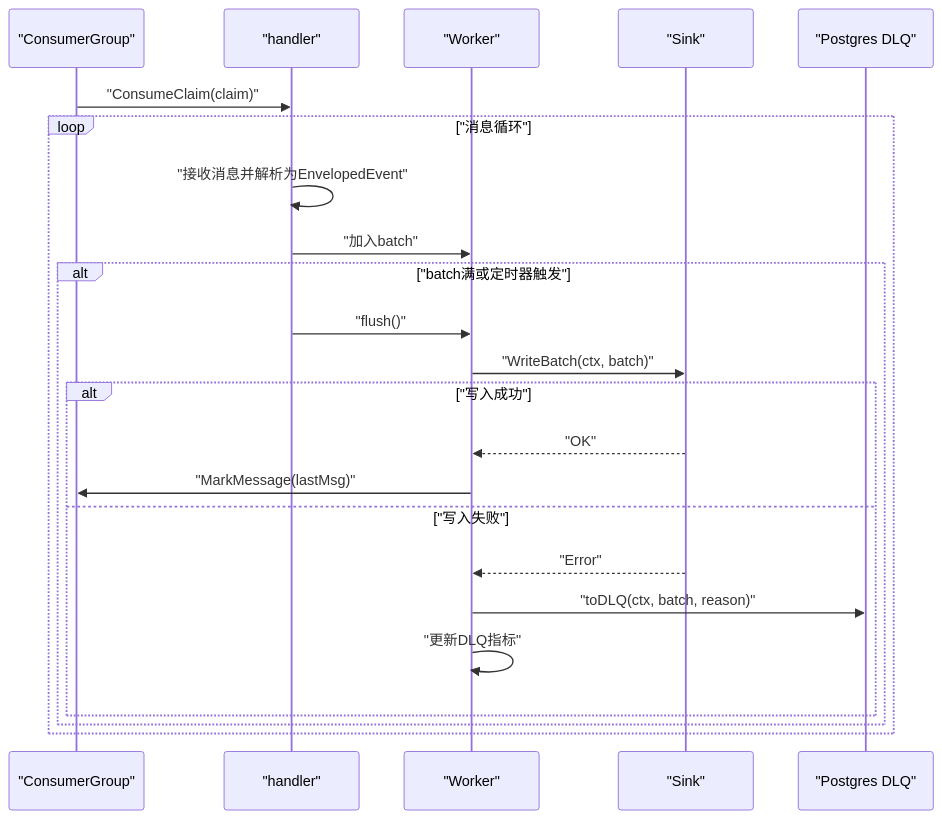
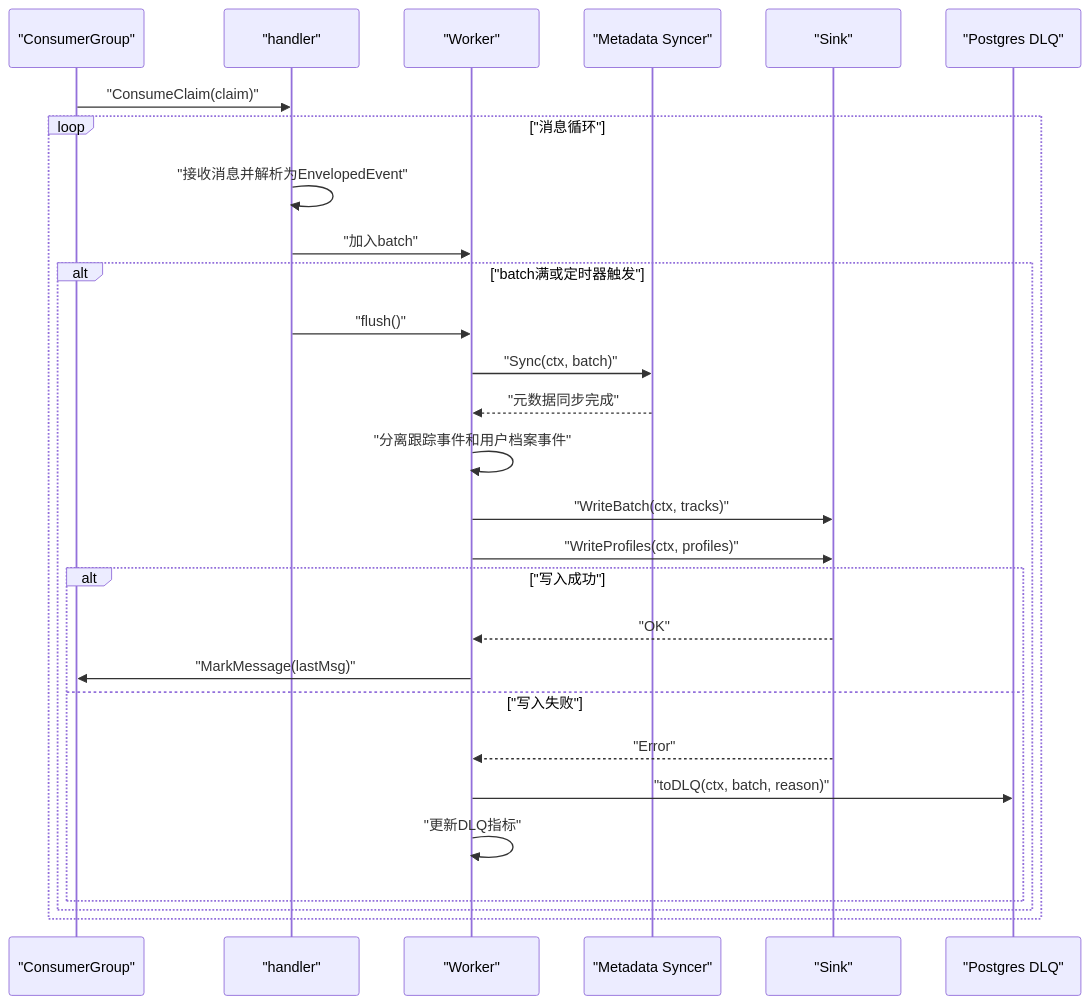
The third of 8 diagrams in .qoder/repowiki/zh/content/后端服务架构/Consumer服务.md (zhen-zhong/AeroLog), drawn with Mermaid before and after one commit. The commit also changed other lines of this file and 111 other files, not shown here.

````diff
--- a/.qoder/repowiki/zh/content/后端服务架构/Consumer服务.md
+++ b/.qoder/repowiki/zh/content/后端服务架构/Consumer服务.md
@@ -132,25 +165,30 @@
 ```mermaid
 sequenceDiagram
 participant CG as "ConsumerGroup"
 participant H as "handler"
 participant W as "Worker"
+participant M as "Metadata Syncer"
 participant S as "Sink"
 participant PG as "Postgres DLQ"
 CG->>H : "ConsumeClaim(claim)"
 loop "消息循环"
 H->>H : "接收消息并解析为EnvelopedEvent"
 H->>W : "加入batch"
 alt "batch满或定时器触发"
 H->>W : "flush()"
-W->>S : "WriteBatch(ctx, batch)"
+W->>M : "Sync(ctx, batch)"
+M-->>W : "元数据同步完成"
+W->>W : "分离跟踪事件和用户档案事件"
+W->>S : "WriteBatch(ctx, tracks)"
+W->>S : "WriteProfiles(ctx, profiles)"
 alt "写入成功"
 S-->>W : "OK"
 W->>CG : "MarkMessage(lastMsg)"
 else "写入失败"
 S-->>W : "Error"
 W->>PG : "toDLQ(ctx, batch, reason)"
 W->>W : "更新DLQ指标"
 end
 end
 end
 ```
````
